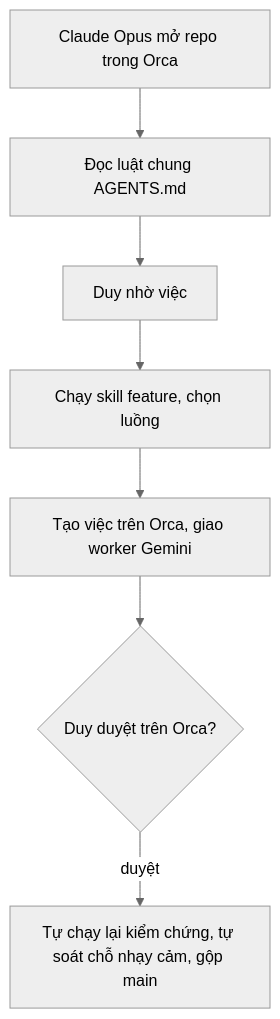
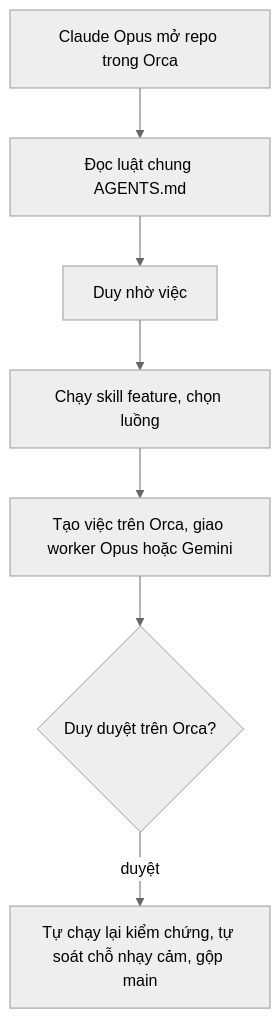
The diagram in CLAUDE.md (DuyduyFedev46/fish), drawn with Mermaid (neutral theme) before and after one commit. The commit also changed other lines of this file and 4 other files, not shown here.

First line of the commit message:
Orca: 4 vai quan trọng (techlead, ba-analyst, po-owner, legal-vn) chạy worker Claude Opus 5.5 (Duy 24/11)

````diff
--- a/CLAUDE.md
+++ b/CLAUDE.md
@@ -3,9 +3,9 @@
 ```mermaid
 flowchart TD
   A["Claude Opus mở repo trong Orca"] --> B["Đọc luật chung AGENTS.md"]
   B --> C["Duy nhờ việc"]
   C --> D["Chạy skill feature, chọn luồng"]
-  D --> E["Tạo việc trên Orca, giao worker Gemini"]
+  D --> E["Tạo việc trên Orca, giao worker Opus hoặc Gemini"]
   E --> F{"Duy duyệt trên Orca?"}
   F -- "duyệt" --> G["Tự chạy lại kiểm chứng, tự soát chỗ nhạy cảm, gộp main"]
 ```
````
